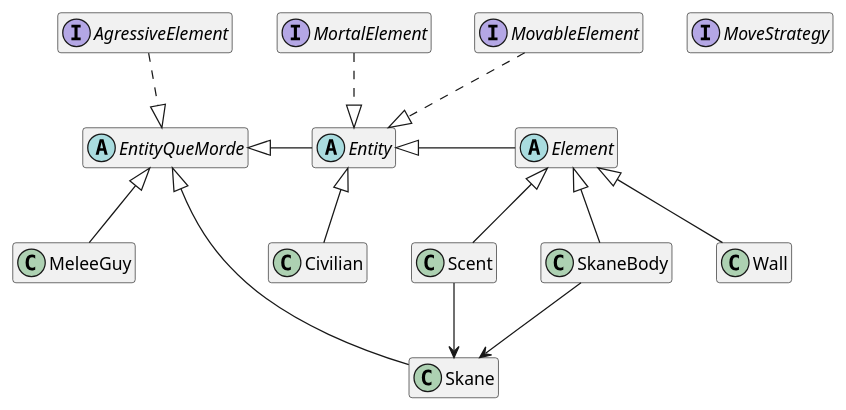
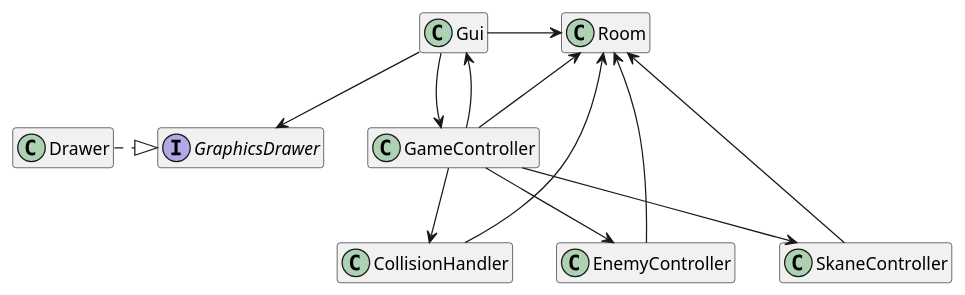
Before and after one commit to JoaoCostaIFG/LPOO: the diagram in docs/uml/mvc.puml, drawn with PlantUML. The commit also changed 1 other file, not shown here.

Commit message:
Current MVC UML class diagram.

```diff
--- a/docs/uml/mvc.puml
+++ b/docs/uml/mvc.puml
@@ -1,42 +1,36 @@
 @startuml
 
 skinparam defaultFontSize 17
 skinparam classFontSize 14
 skinparam classAttributeFontSize 14
 hide empty members
 
-interface AgressiveElement {}
-interface MortalElement {}
-interface MovableElement {}
-interface MoveStrategy {}
+class Room {}
 
-abstract class Element {}
-abstract class Entity {}
-abstract class EntityQueMorde {}
+interface GraphicsDrawer {}
+class Drawer {}
+class Gui {}
 
-class Civilian {}
-class MeleeGuy {}
-class Wall {}
+class CollisionHandler {}
+class EnemyController {}
+class GameController {}
+class SkaneController {}
 
-class Scent {}
-class Skane {}
-class SkaneBody {}
+GraphicsDrawer <-up- Gui
+GraphicsDrawer ^.left. Drawer
 
-Entity <|- Element
-Entity ^.up. MovableElement
-Entity ^.up. MortalElement
+GameController --> CollisionHandler
+GameController --> EnemyController
+GameController --> SkaneController
 
-EntityQueMorde <|- Entity
-EntityQueMorde ^.up. AgressiveElement
+GameController <-down- Gui
+GameController -down-> Gui
 
-Element <|-- SkaneBody
-Element <|-- Wall
-Element <|-- Scent
-Entity <|-- Civilian
-EntityQueMorde <|-- MeleeGuy
-EntityQueMorde <|-- Skane
+Room <-left- Gui
+Room <-- GameController
 
-Skane <-up- SkaneBody
-Skane <-up- Scent
+Room <-- CollisionHandler
+Room <-- EnemyController
+Room <-- SkaneController
 
 @enduml
```
